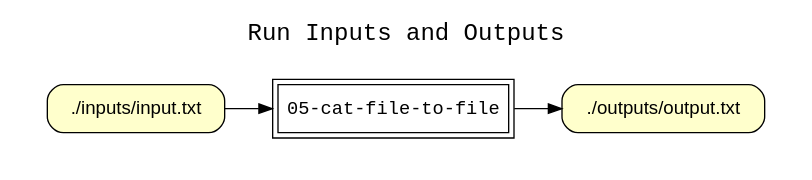
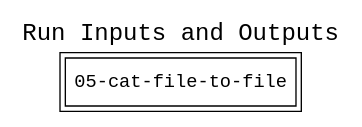
The diagram in examples/05-cat-file-to-file/graphs/wt_run_inputs_outputs.dot (CIRSS/cpr), drawn with Graphviz before and after one commit. The commit also changed 45 other files, not shown here.

Commit message:
Update config file schema

```diff
--- a/examples/05-cat-file-to-file/graphs/wt_run_inputs_outputs.dot
+++ b/examples/05-cat-file-to-file/graphs/wt_run_inputs_outputs.dot
@@ -1,20 +1,16 @@
 
 digraph wt_run {
 rankdir=LR
 fontname=Courier; fontsize=18; labelloc=t
 label="Run Inputs and Outputs"
 node[shape=box style="filled" fillcolor="#FFFFFF" peripheries=2 fontname=Courier]
 "05-cat-file-to-file"
 subgraph cluster_inputs { label=""; color=white; penwidth=0
 subgraph cluster_inputs_inner { label=""; color=white
 node[shape=box style="rounded,filled" fillcolor="#FFFFCC" peripheries=1 fontname=Helvetica]
-"input:./inputs/input.txt" [label="./inputs/input.txt"]
 }}
 subgraph cluster_outputs { label=""; color=white; penwidth=0
 subgraph cluster_outputs_inner { label=""; color=white
 node[shape=box style="rounded,filled" fillcolor="#FFFFCC" peripheries=1 fontname=Helvetica]
-"output:./outputs/output.txt" [label="./outputs/output.txt"]
 }}
-"input:./inputs/input.txt" -> "05-cat-file-to-file"
-"05-cat-file-to-file" -> "output:./outputs/output.txt"
 }
```
